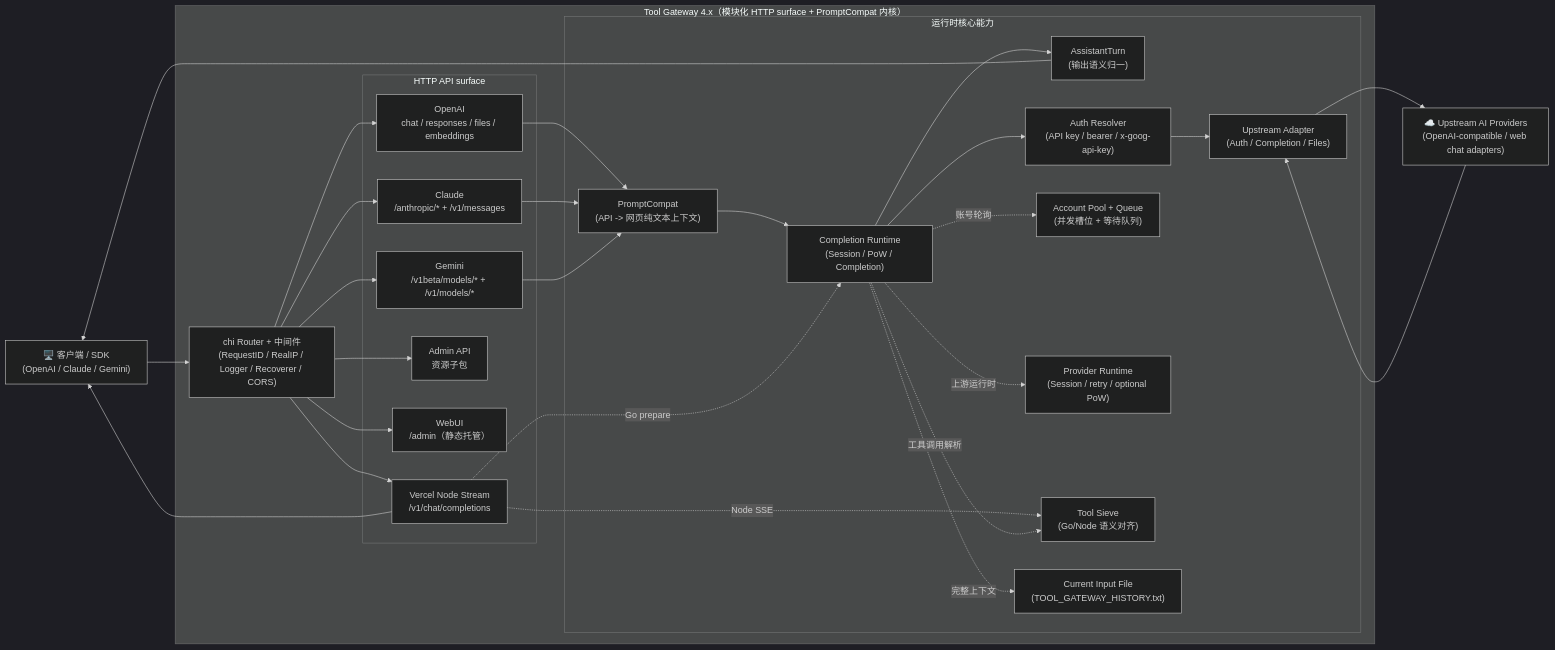
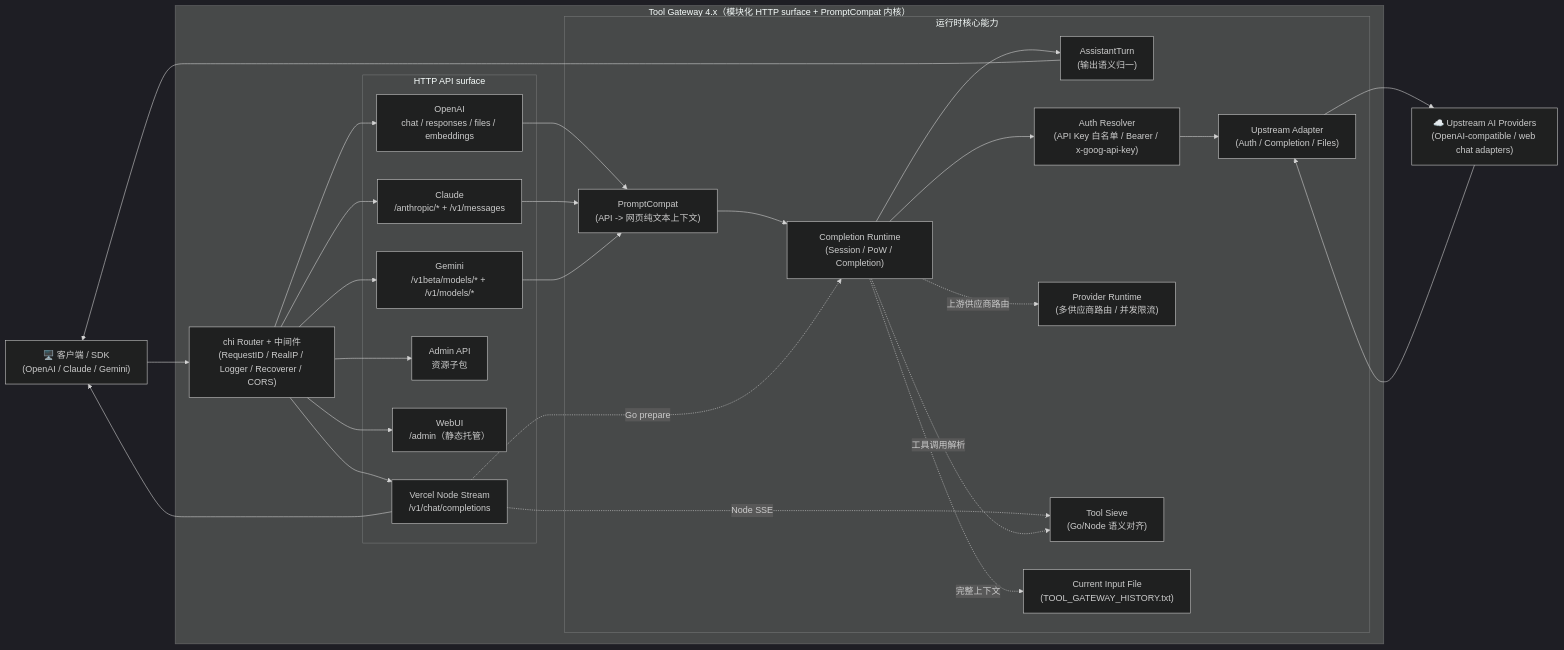
One commit to extheor-next/tool-gateway changed the diagram in README.MD. Above: the diagram before and after it, drawn with Mermaid (dark theme). The commit also changed other lines of this file and 1 other file, not shown here.

````diff
--- a/README.MD
+++ b/README.MD
@@ -58,53 +57,51 @@
 ```mermaid
 flowchart LR
     Client["🖥️ 客户端 / SDK\n(OpenAI / Claude / Gemini)"]
     Upstream["☁️ Upstream AI Providers\n(OpenAI-compatible / web chat adapters)"]
 
     subgraph ToolGateway["Tool Gateway 4.x（模块化 HTTP surface + PromptCompat 内核）"]
         Router["chi Router + 中间件\n(RequestID / RealIP / Logger / Recoverer / CORS)"]
 
         subgraph HTTP["HTTP API surface"]
             OA["OpenAI\nchat / responses / files / embeddings"]
             CA["Claude\n/anthropic/* + /v1/messages"]
             GA["Gemini\n/v1beta/models/* + /v1/models/*"]
             Admin["Admin API\n资源子包"]
             WebUI["WebUI\n/admin（静态托管）"]
             Vercel["Vercel Node Stream\n/v1/chat/completions"]
         end
 
         subgraph Runtime["运行时核心能力"]
             Compat["PromptCompat\n(API -> 网页纯文本上下文)"]
             Completion["Completion Runtime\n(Session / PoW / Completion)"]
             Turn["AssistantTurn\n(输出语义归一)"]
-            Auth["Auth Resolver\n(API key / bearer / x-goog-api-key)"]
-            Pool["Account Pool + Queue\n(并发槽位 + 等待队列)"]
+            Auth["Auth Resolver\n(API Key 白名单 / Bearer / x-goog-api-key)"]
             UpstreamClient["Upstream Adapter\n(Auth / Completion / Files)"]
-            ProviderRuntime["Provider Runtime\n(Session / retry / optional PoW)"]
+            ProviderRuntime["Provider Runtime\n(多供应商路由 / 并发限流)"]
             Tool["Tool Sieve\n(Go/Node 语义对齐)"]
             History["Current Input File\n(TOOL_GATEWAY_HISTORY.txt)"]
         end
     end
 
     Client --> Router
     Router --> OA & CA & GA
     Router --> Admin
     Router --> WebUI
     Router --> Vercel
 
     OA --> Compat
     CA & GA --> Compat
     Compat --> Completion
     Completion -.完整上下文.-> History
     Completion --> Turn
     Vercel -.Go prepare.-> Completion
     Vercel -.Node SSE.-> Tool
     Completion --> Auth
-    Completion -.账号轮询.-> Pool
     Completion -.工具调用解析.-> Tool
-    Completion -.上游运行时.-> ProviderRuntime
+    Completion -.上游供应商路由.-> ProviderRuntime
     Auth --> UpstreamClient
     UpstreamClient --> Upstream
     Upstream --> UpstreamClient
     Turn --> Client
     Vercel --> Client
 ```
````
